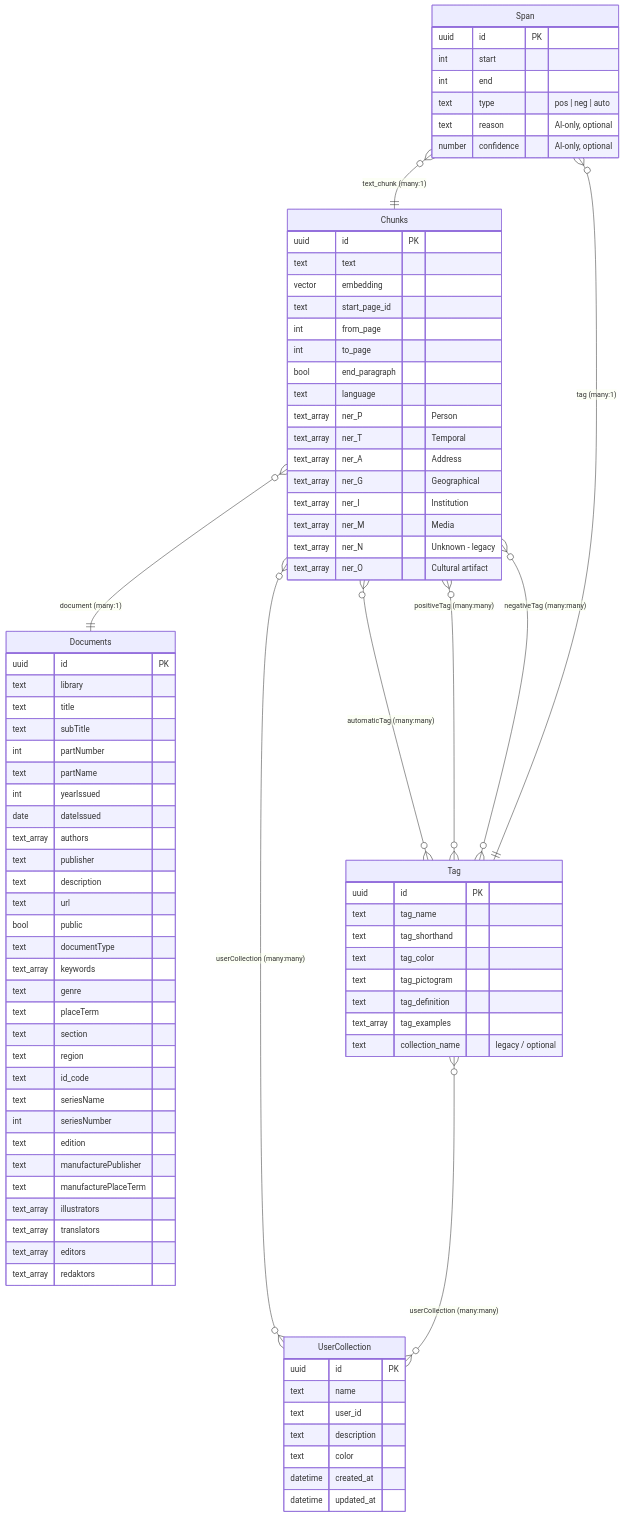
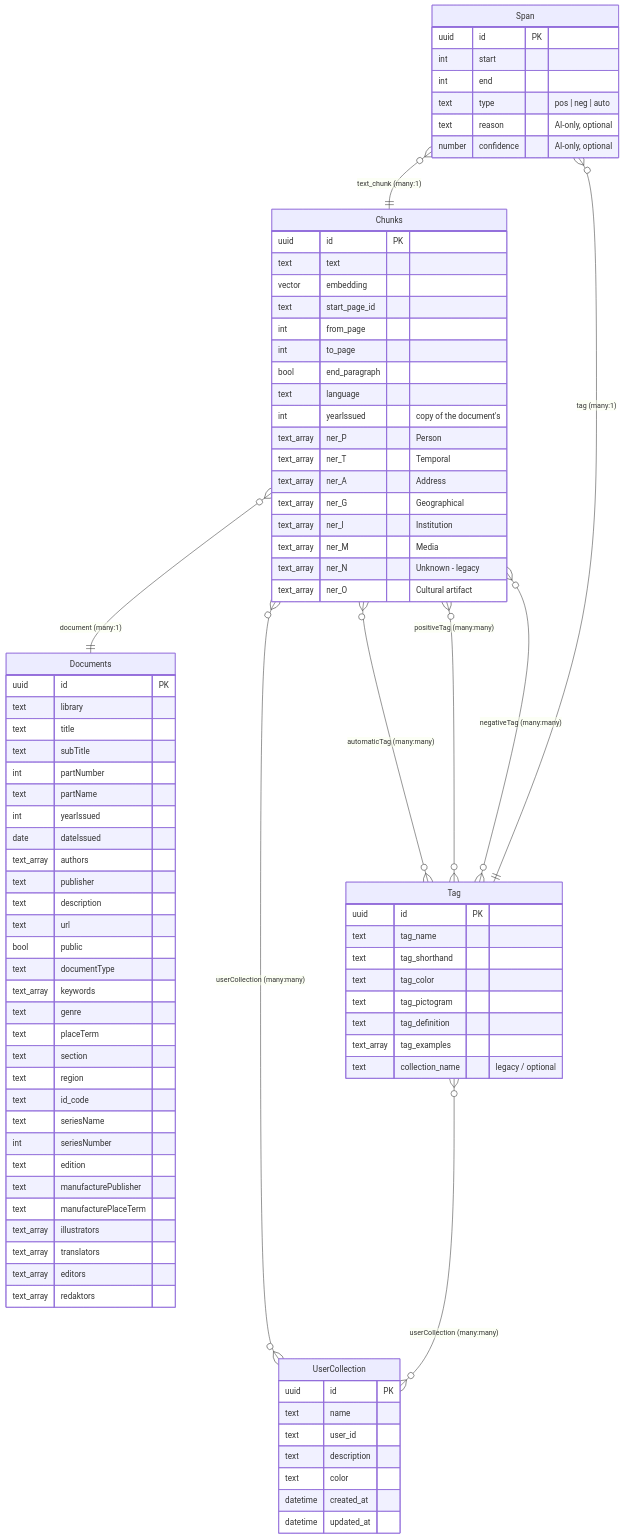
The diagram in docs/DATABASE.md (DCGM/semant-demo), drawn with Mermaid before and after one commit. The commit also changed other lines of this file and 16 other files, not shown here.

First line of the commit message:
Search: filter years on Chunks.yearIssued, with a tool that copies the document year (#153)

```diff
--- a/docs/DATABASE.md
+++ b/docs/DATABASE.md
@@ -52,6 +52,7 @@
         int to_page
         bool end_paragraph
         text language
+        int yearIssued "copy of the document's"
         text_array ner_P "Person"
         text_array ner_T "Temporal"
         text_array ner_A "Address"
```
